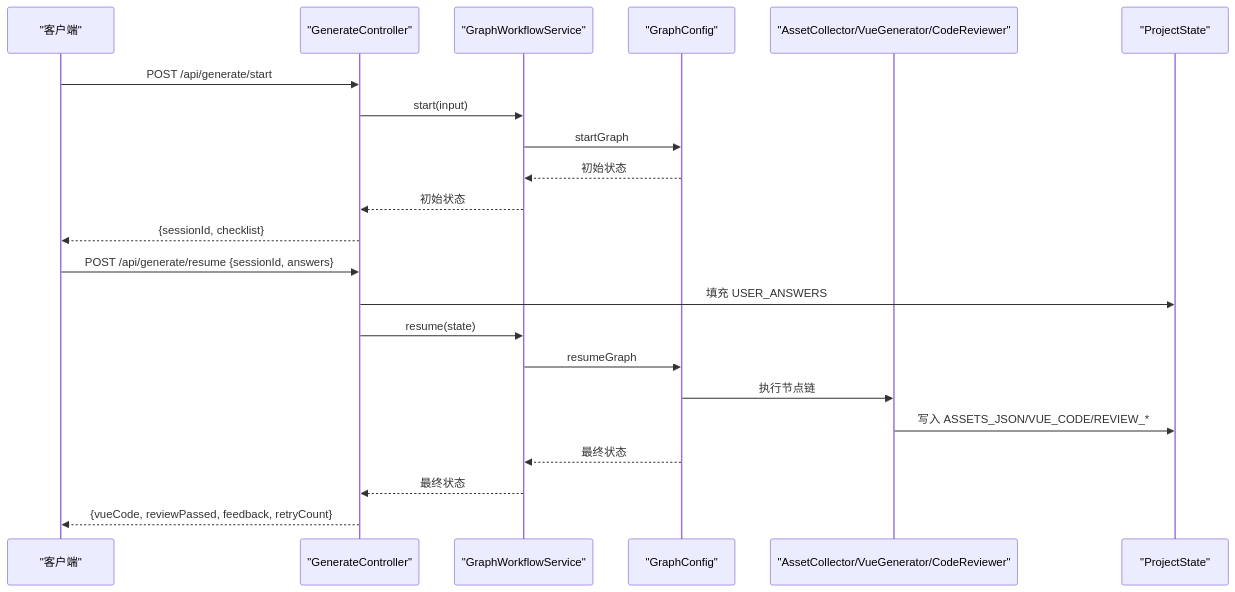
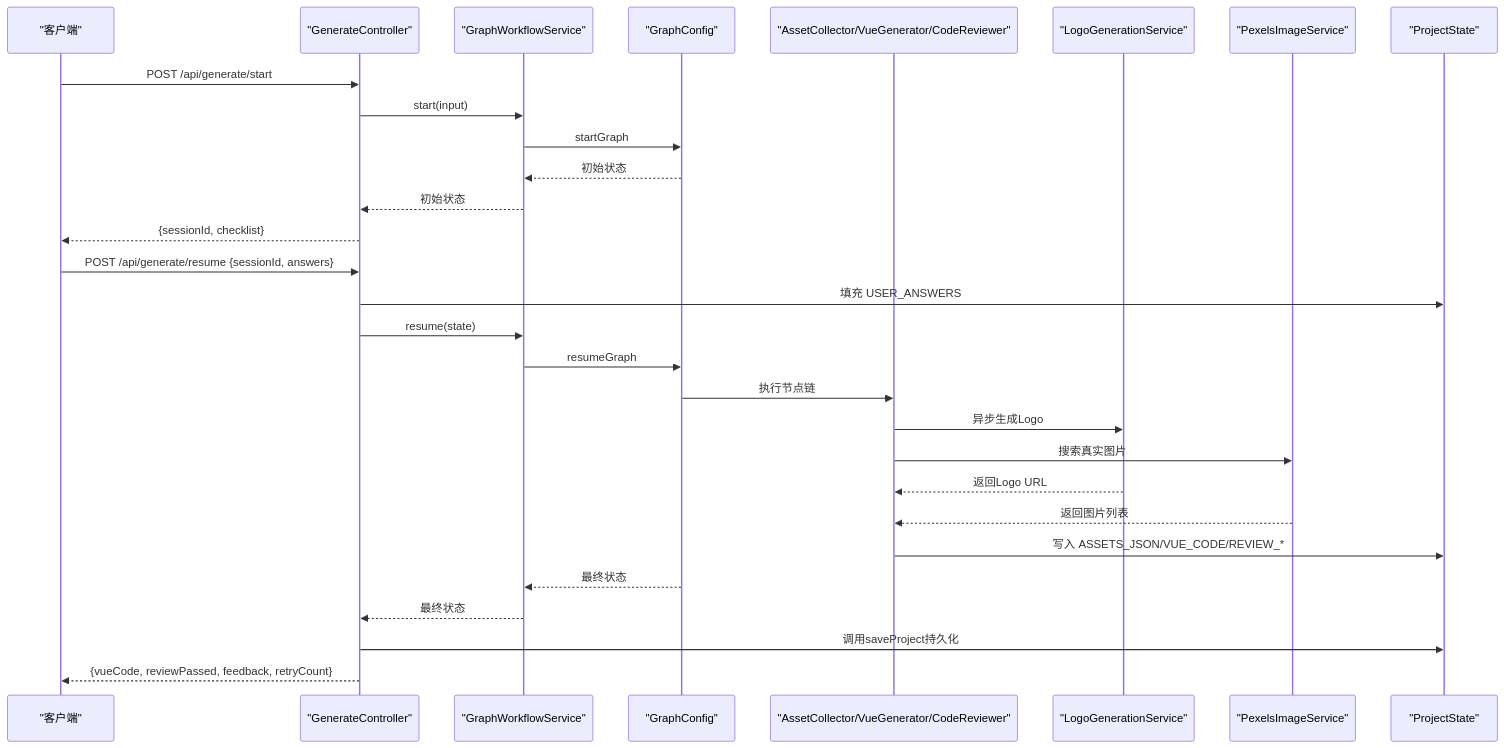
One commit to CyanYuKi/WebSiteFrontendCodeMother changed the seventh of 8 diagrams in .qoder/repowiki/zh/content/AI工作流系统/AI节点分析/素材收集节点.md. Above: the diagram before and after it, drawn with Mermaid. The commit also changed other lines of this file and 21 other files, not shown here.

````diff
--- a/.qoder/repowiki/zh/content/AI工作流系统/AI节点分析/素材收集节点.md
+++ b/.qoder/repowiki/zh/content/AI工作流系统/AI节点分析/素材收集节点.md
@@ -270,24 +391,31 @@
 ```mermaid
 sequenceDiagram
 participant Client as "客户端"
 participant Ctrl as "GenerateController"
 participant WS as "GraphWorkflowService"
 participant CFG as "GraphConfig"
 participant Node as "AssetCollector/VueGenerator/CodeReviewer"
+participant LGS as "LogoGenerationService"
+participant PIS as "PexelsImageService"
 participant State as "ProjectState"
 Client->>Ctrl : POST /api/generate/start
 Ctrl->>WS : start(input)
 WS->>CFG : startGraph
 CFG-->>WS : 初始状态
 WS-->>Ctrl : 初始状态
 Ctrl-->>Client : {sessionId, checklist}
 Client->>Ctrl : POST /api/generate/resume {sessionId, answers}
 Ctrl->>State : 填充 USER_ANSWERS
 Ctrl->>WS : resume(state)
 WS->>CFG : resumeGraph
 CFG->>Node : 执行节点链
+Node->>LGS : 异步生成Logo
+Node->>PIS : 搜索真实图片
+LGS-->>Node : 返回Logo URL
+PIS-->>Node : 返回图片列表
 Node->>State : 写入 ASSETS_JSON/VUE_CODE/REVIEW_*
 CFG-->>WS : 最终状态
 WS-->>Ctrl : 最终状态
+Ctrl->>State : 调用saveProject持久化
 Ctrl-->>Client : {vueCode, reviewPassed, feedback, retryCount}
 ```
````
